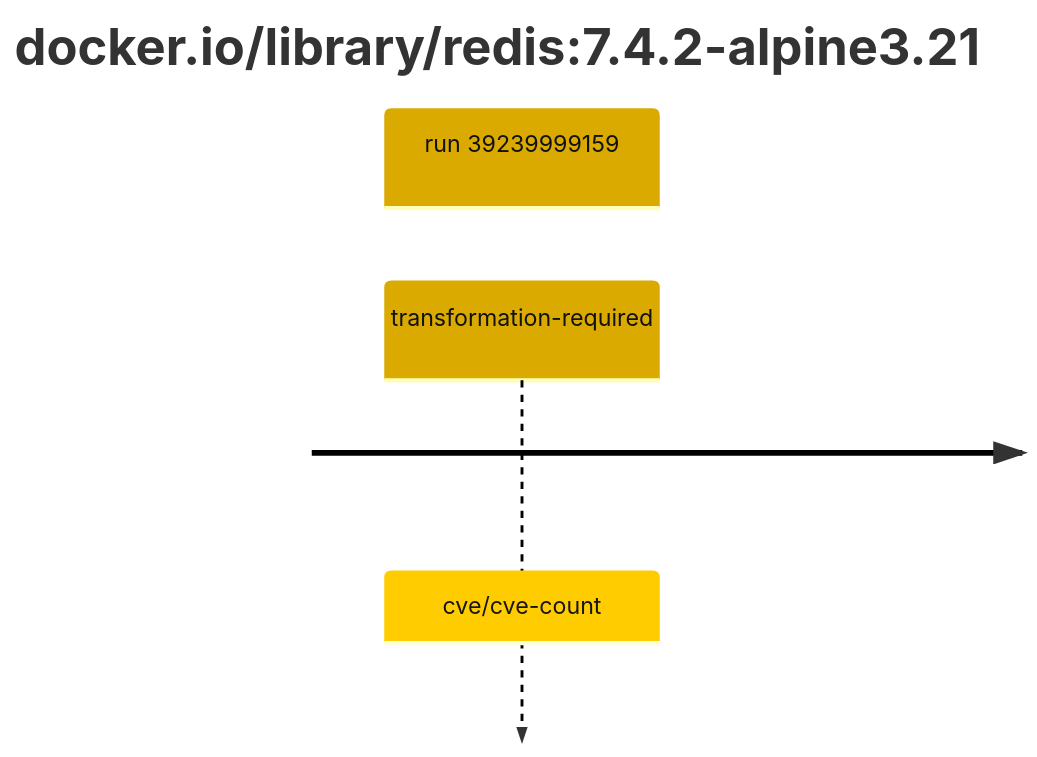
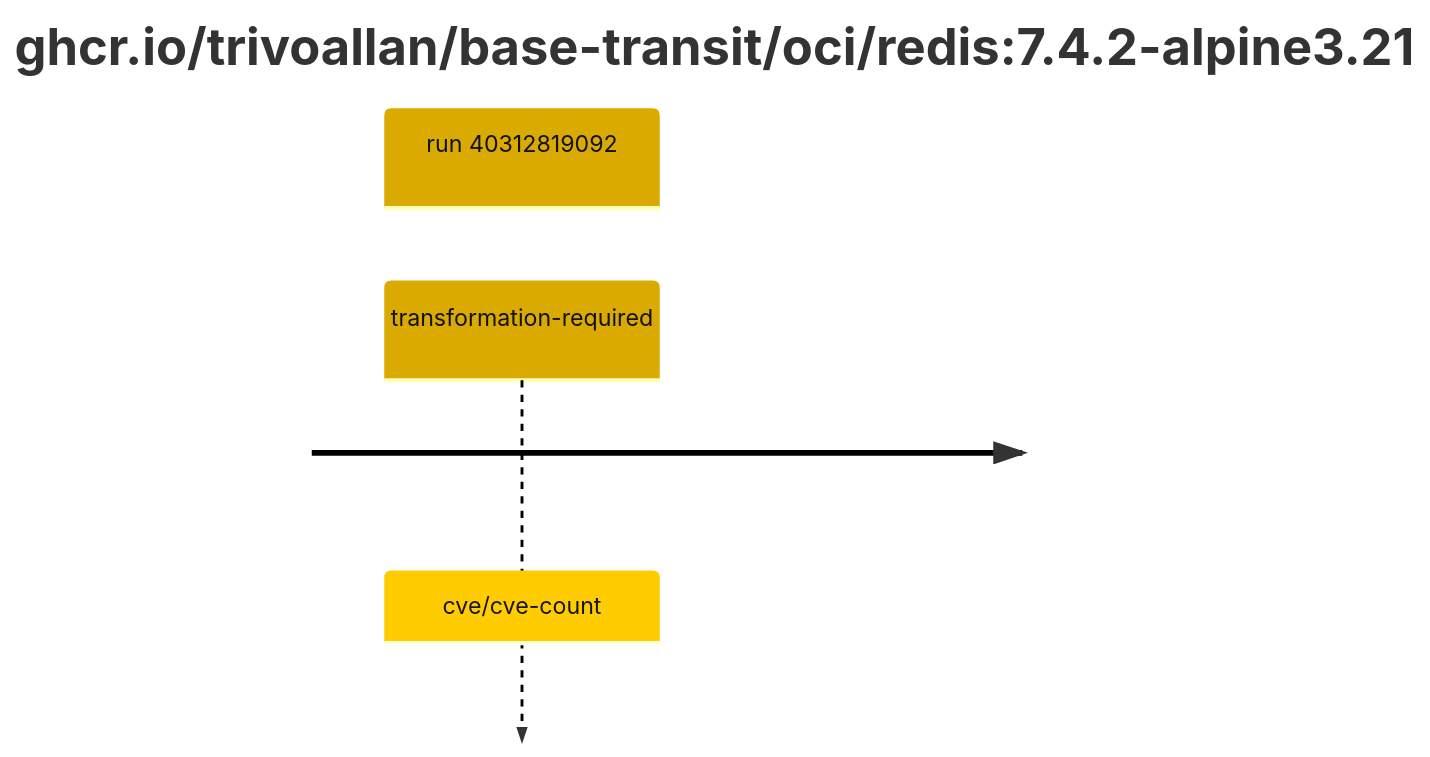
Before and after one commit to trivoallan/base-images: the second of 2 diagrams in results/reports/redis-7/sha256:02419de7eddf55aa5bcf49efb74e88fa8d931b4d77c07eff8a6b2144472b6952/39239999159-1.md, drawn with Mermaid. The commit also changed other lines of this file and 28 other files, not shown here.

````diff
--- a/results/reports/redis-7/sha256:02419de7eddf55aa5bcf49efb74e88fa8d931b4d77c07eff8a6b2144472b6952/39239999159-1.md
+++ b/results/reports/redis-7/sha256:02419de7eddf55aa5bcf49efb74e88fa8d931b4d77c07eff8a6b2144472b6952/39239999159-1.md
@@ -5,7 +24,7 @@
 ```mermaid
 %%{init: {"theme": "default", "themeVariables": {"cScale0": "#daaa00", "cScaleLabel0": "#121212"}}}%%
 timeline
-    title docker.io/library/redis#58;7.4.2-alpine3.21
-    section run 39239999159
+    title ghcr.io/trivoallan/base-transit/oci/redis#58;7.4.2-alpine3.21
+    section run 40312819092
         transformation-required : cve/cve-count
 ```
````
